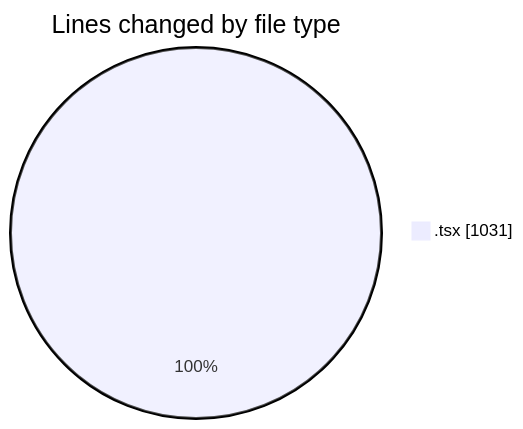
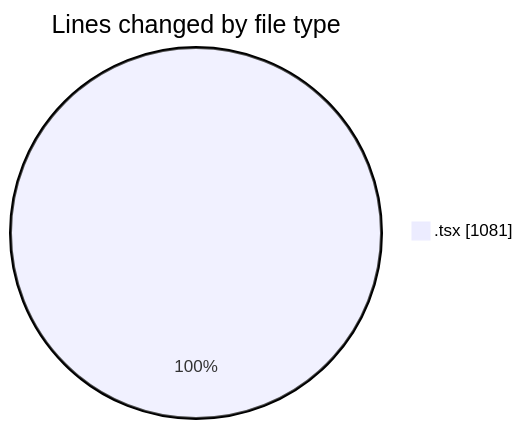
One commit to nxtqubesakshisongat/code-tracking changed the first of 2 diagrams in 2026-05-19/nxtqube_webapp/README.md. Above: the diagram before and after it, drawn with Mermaid. The commit also changed other lines of this file and 1 other file, not shown here.

````diff
--- a/2026-05-19/nxtqube_webapp/README.md
+++ b/2026-05-19/nxtqube_webapp/README.md
@@ -24,5 +25,5 @@
 ```mermaid
 pie showData
 title Lines changed by file type
-".tsx" : 1031
+".tsx" : 1081
 ```
````
